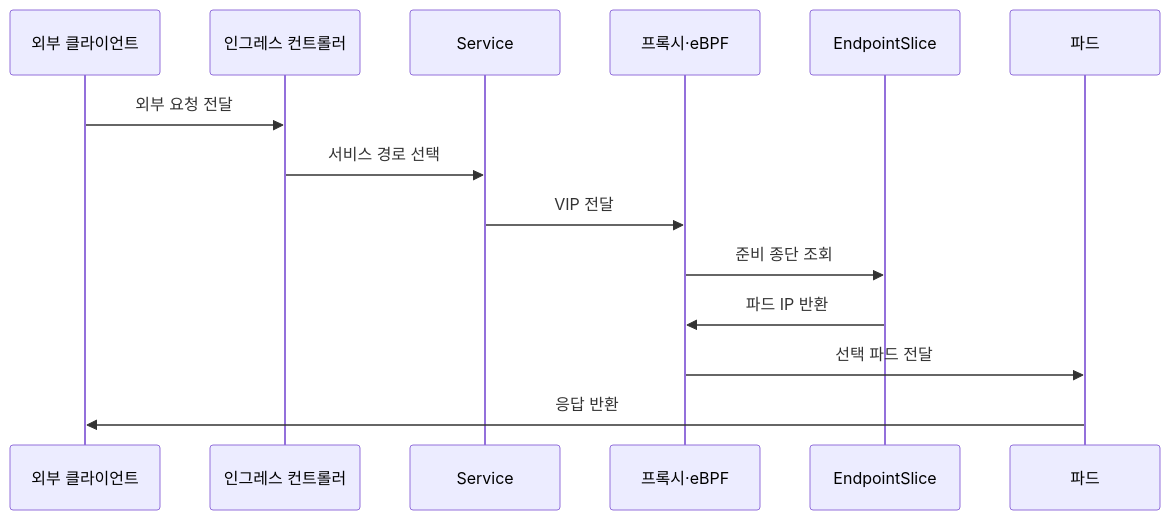
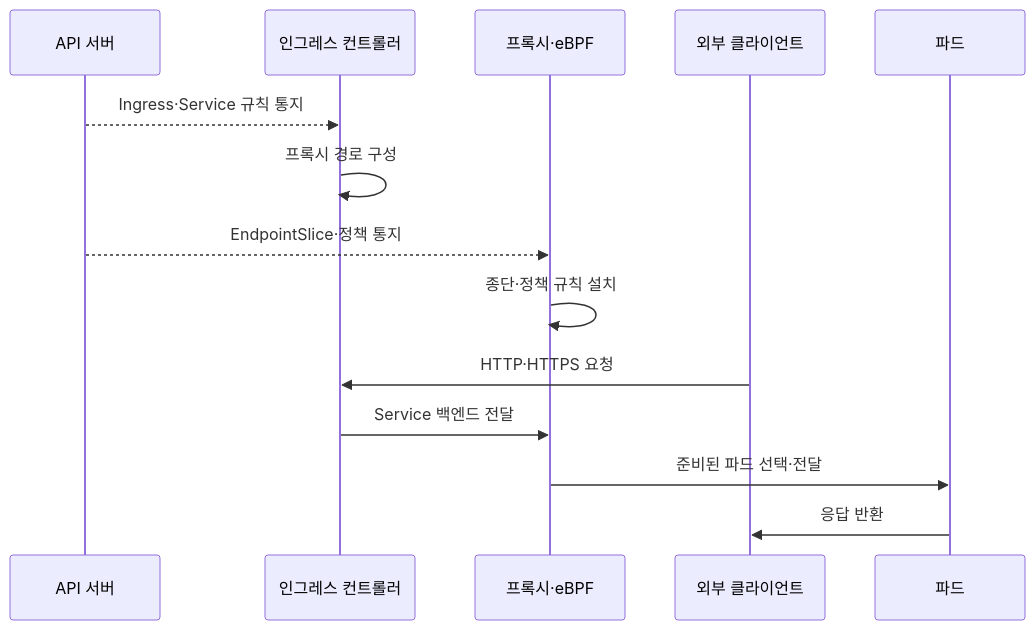
One commit to agnusdei1207/knowledge-base changed the second of 2 diagrams in src/content/docs/notes/04-network/062_kubernetes_networking.md. Above: the diagram before and after it, drawn with Mermaid. The commit also changed other lines of this file and 7 other files, not shown here.

````diff
--- a/src/content/docs/notes/04-network/062_kubernetes_networking.md
+++ b/src/content/docs/notes/04-network/062_kubernetes_networking.md
@@ -96,16 +98,16 @@
 ```mermaid
 sequenceDiagram
+    participant A as API 서버
+    participant I as 인그레스 컨트롤러
+    participant D as 프록시·eBPF
     participant C as 외부 클라이언트
-    participant I as 인그레스 컨트롤러
-    participant S as Service
-    participant D as 프록시·eBPF
-    participant E as EndpointSlice
     participant P as 파드
-    C->>I: 외부 요청 전달
-    I->>S: 서비스 경로 선택
-    S->>D: VIP 전달
-    D->>E: 준비 종단 조회
-    E->>D: 파드 IP 반환
-    D->>P: 선택 파드 전달
+    A-->>I: Ingress·Service 규칙 통지
+    I->>I: 프록시 경로 구성
+    A-->>D: EndpointSlice·정책 통지
+    D->>D: 종단·정책 규칙 설치
+    C->>I: HTTP·HTTPS 요청
+    I->>D: Service 백엔드 전달
+    D->>P: 준비된 파드 선택·전달
     P->>C: 응답 반환
 ```
````
